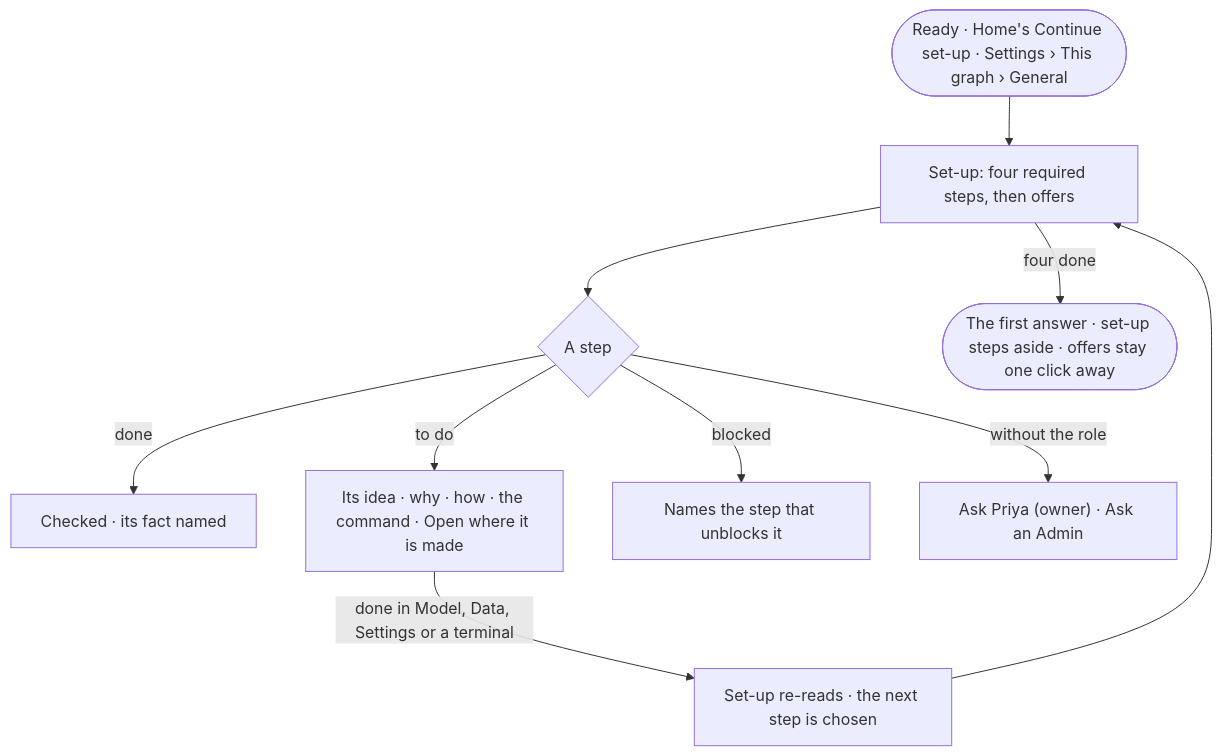
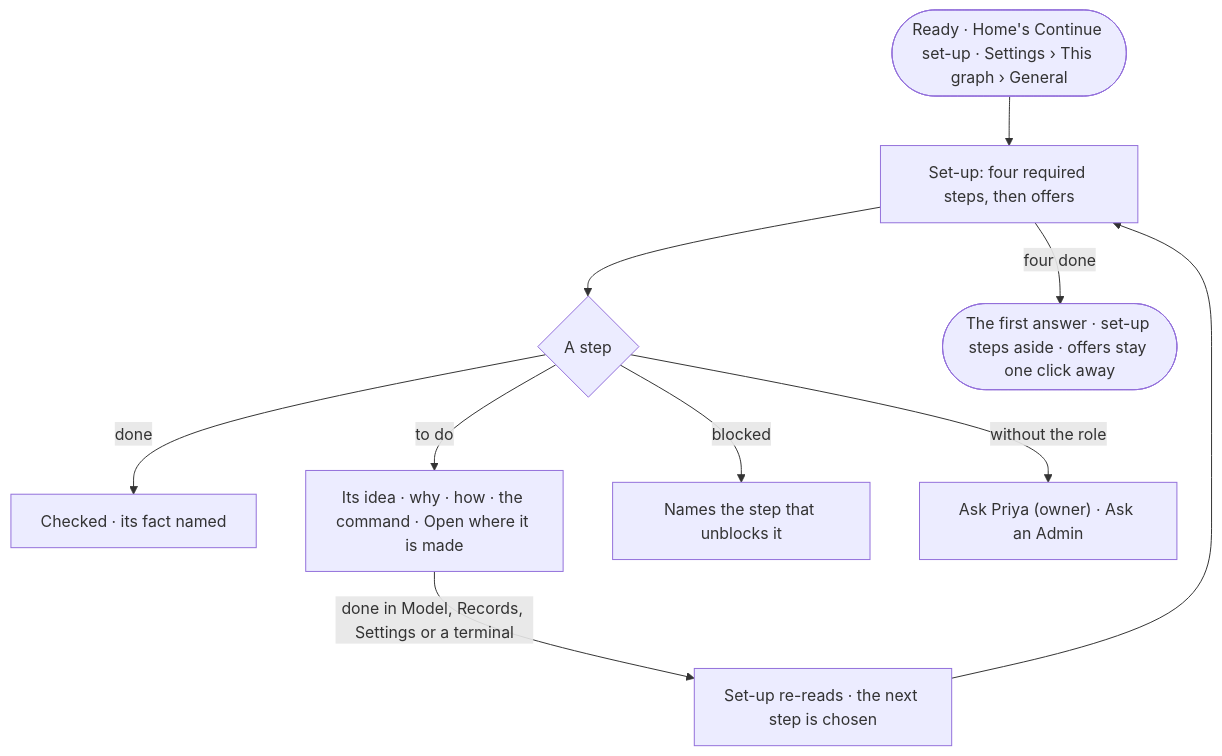
Before and after one commit to invana/invana: the diagram in specs/os/graph/features/GR-F02-create-a-graph/stories/GR-04-see-what-is-left-before-the-graph-answers/story.md, drawn with Mermaid. The commit also changed other lines of this file and 637 other files, not shown here.

````diff
--- a/specs/os/graph/features/GR-F02-create-a-graph/stories/GR-04-see-what-is-left-before-the-graph-answers/story.md
+++ b/specs/os/graph/features/GR-F02-create-a-graph/stories/GR-04-see-what-is-left-before-the-graph-answers/story.md
@@ -26,12 +26,12 @@
 ```mermaid
 flowchart TD
   r([Ready · Home's Continue set-up · Settings › This graph › General]) --> l["Set-up: four required steps, then offers"]
   l --> s{"A step"}
   s -->|done| ck["Checked · its fact named"]
   s -->|to do| go["Its idea · why · how · the command · Open where it is made"]
   s -->|blocked| bl["Names the step that unblocks it"]
   s -->|without the role| ask["Ask Priya (owner) · Ask an Admin"]
-  go -->|done in Model, Data, Settings or a terminal| re["Set-up re-reads · the next step is chosen"]
+  go -->|done in Model, Records, Settings or a terminal| re["Set-up re-reads · the next step is chosen"]
   re --> l
   l -->|four done| a(["The first answer · set-up steps aside · offers stay one click away"])
 ```
````
